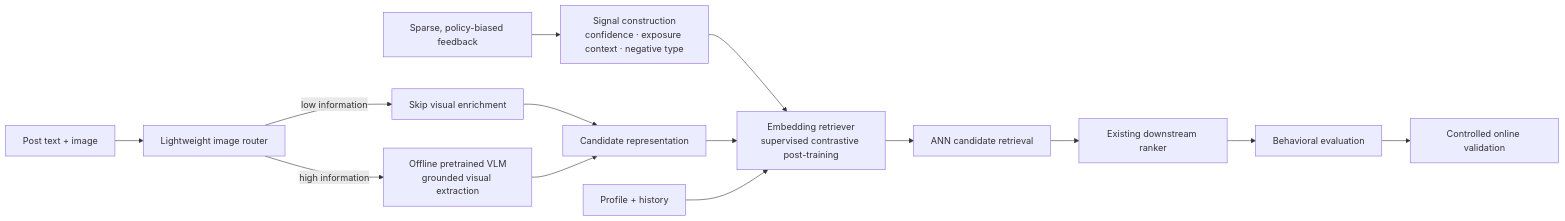
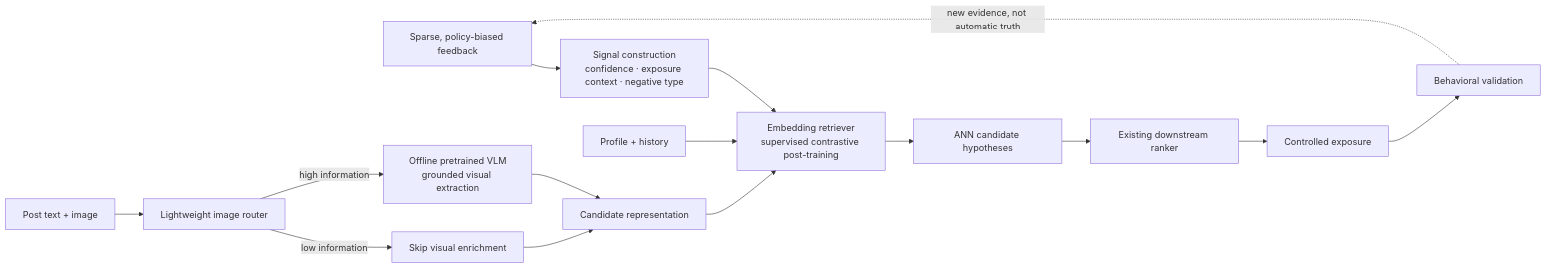
Before and after one commit to tianyi-zhang-02/cooking-agi: the first of 3 diagrams in 01-data-and-feedback/noise-to-signal-retrieval.en.md, drawn with Mermaid. The commit also changed other lines of this file and 1 other file, not shown here.

Commit message:
Frame retrieval as positive candidate discovery

````diff
--- a/01-data-and-feedback/noise-to-signal-retrieval.en.md
+++ b/01-data-and-feedback/noise-to-signal-retrieval.en.md
@@ -13,16 +33,17 @@
 ```mermaid
 flowchart LR
     A["Sparse, policy-biased feedback"] --> B["Signal construction<br/>confidence · exposure context · negative type"]
     C["Post text + image"] --> D["Lightweight image router"]
     D -->|"low information"| E["Skip visual enrichment"]
     D -->|"high information"| F["Offline pretrained VLM<br/>grounded visual extraction"]
     E --> G["Candidate representation"]
     F --> G
     B --> H["Embedding retriever<br/>supervised contrastive post-training"]
     G --> H
     I["Profile + history"] --> H
-    H --> J["ANN candidate retrieval"]
+    H --> J["ANN candidate hypotheses"]
     J --> K["Existing downstream ranker"]
-    K --> L["Behavioral evaluation"]
-    L --> M["Controlled online validation"]
+    K --> L["Controlled exposure"]
+    L --> M["Behavioral validation"]
+    M -.->|"new evidence, not automatic truth"| A
 ```
````
